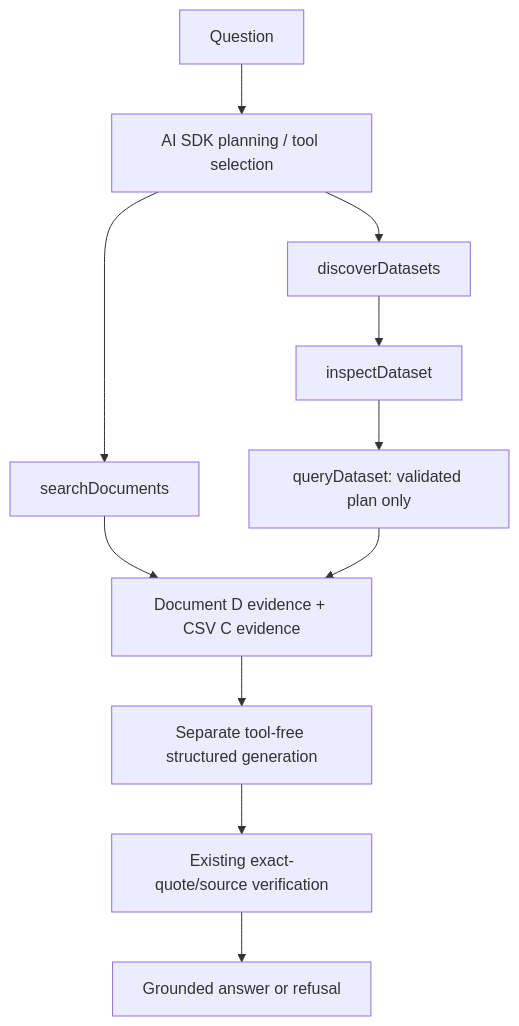
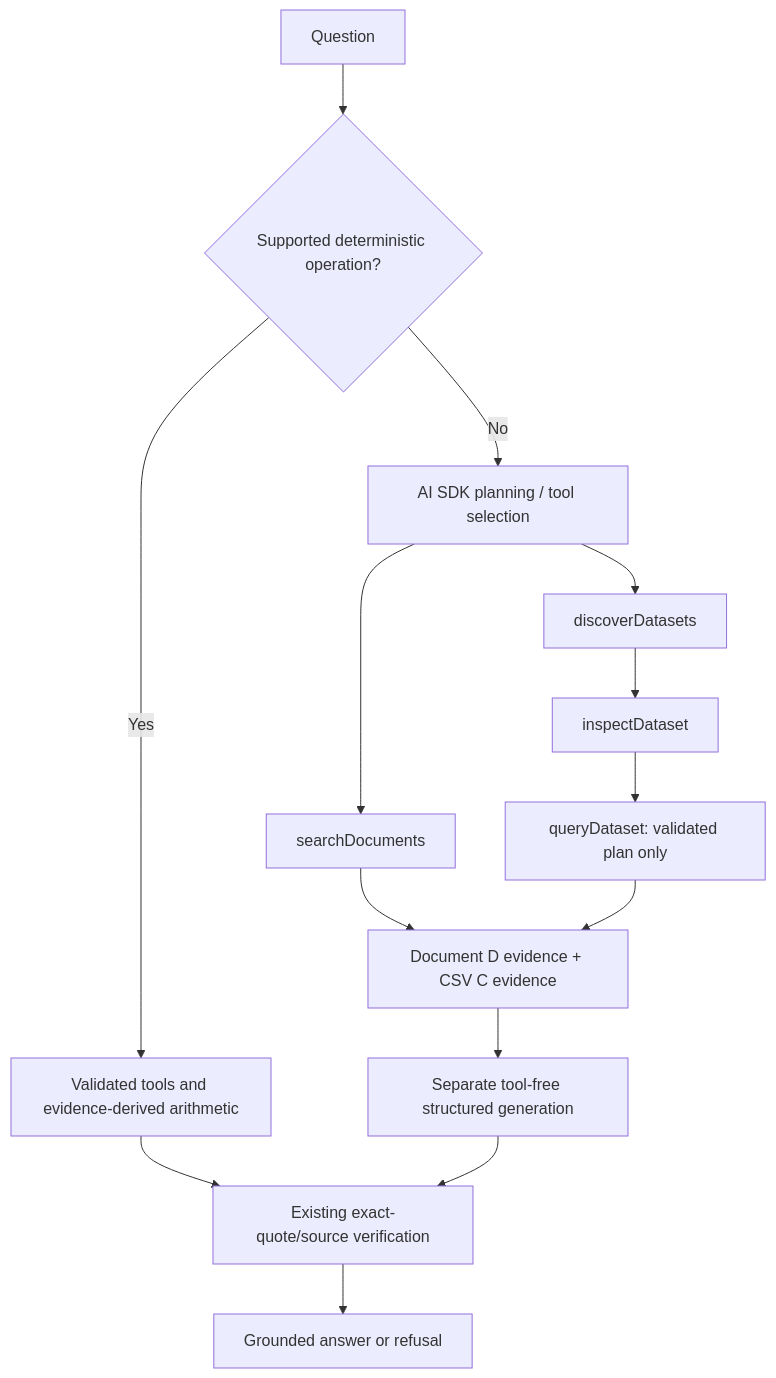
Before and after one commit to abdulllahkashif998-afk/multi-source-ai-agent: the fourth of 4 diagrams in docs/architecture.md, drawn with Mermaid. The commit also changed other lines of this file and 187 other files, not shown here.

````diff
--- a/docs/architecture.md
+++ b/docs/architecture.md
@@ -91,13 +91,16 @@
 ```mermaid
 flowchart TD
-  Q[Question] --> Plan[AI SDK planning / tool selection]
+  Q[Question] --> Gate{Supported deterministic operation?}
+  Gate -->|Yes| Deterministic[Validated tools and evidence-derived arithmetic]
+  Gate -->|No| Plan[AI SDK planning / tool selection]
+  Deterministic --> Verify
   Plan --> Search[searchDocuments]
   Plan --> Discover[discoverDatasets]
   Discover --> Inspect[inspectDataset]
   Inspect --> Query[queryDataset: validated plan only]
   Search --> Evidence[Document D evidence + CSV C evidence]
   Query --> Evidence
   Evidence --> Generate[Separate tool-free structured generation]
   Generate --> Verify[Existing exact-quote/source verification]
   Verify --> Answer[Grounded answer or refusal]
 ```
````
